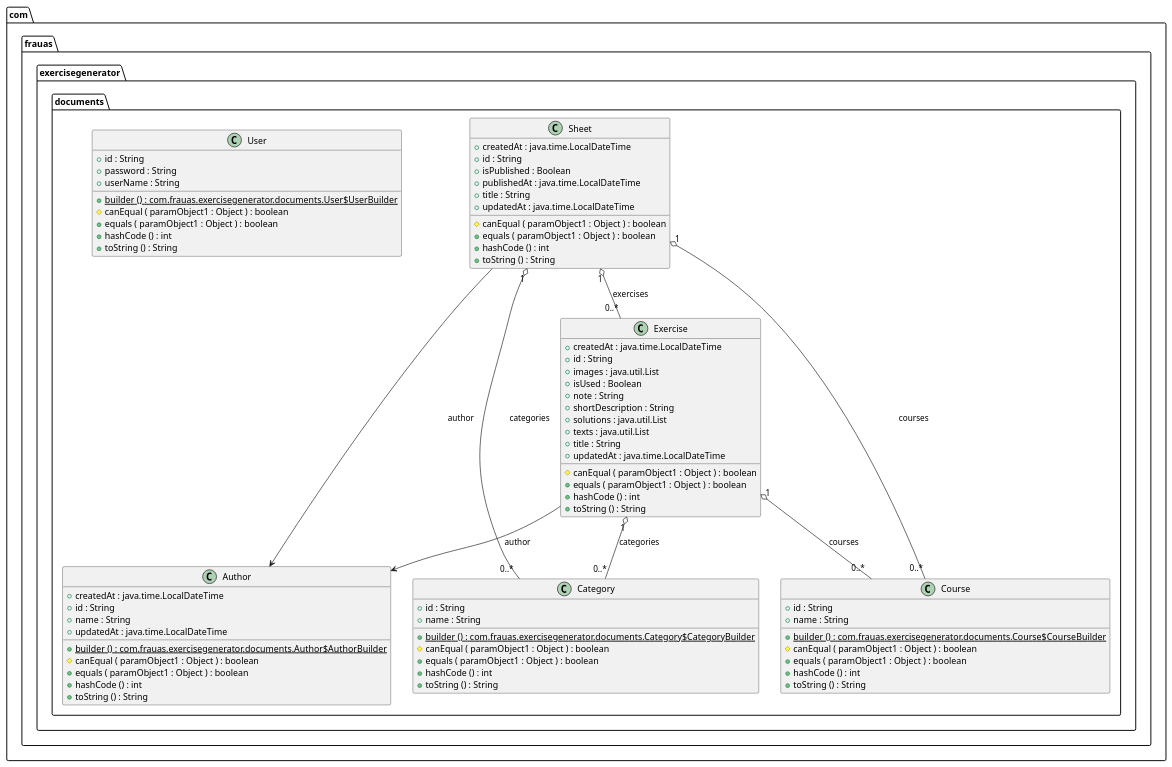
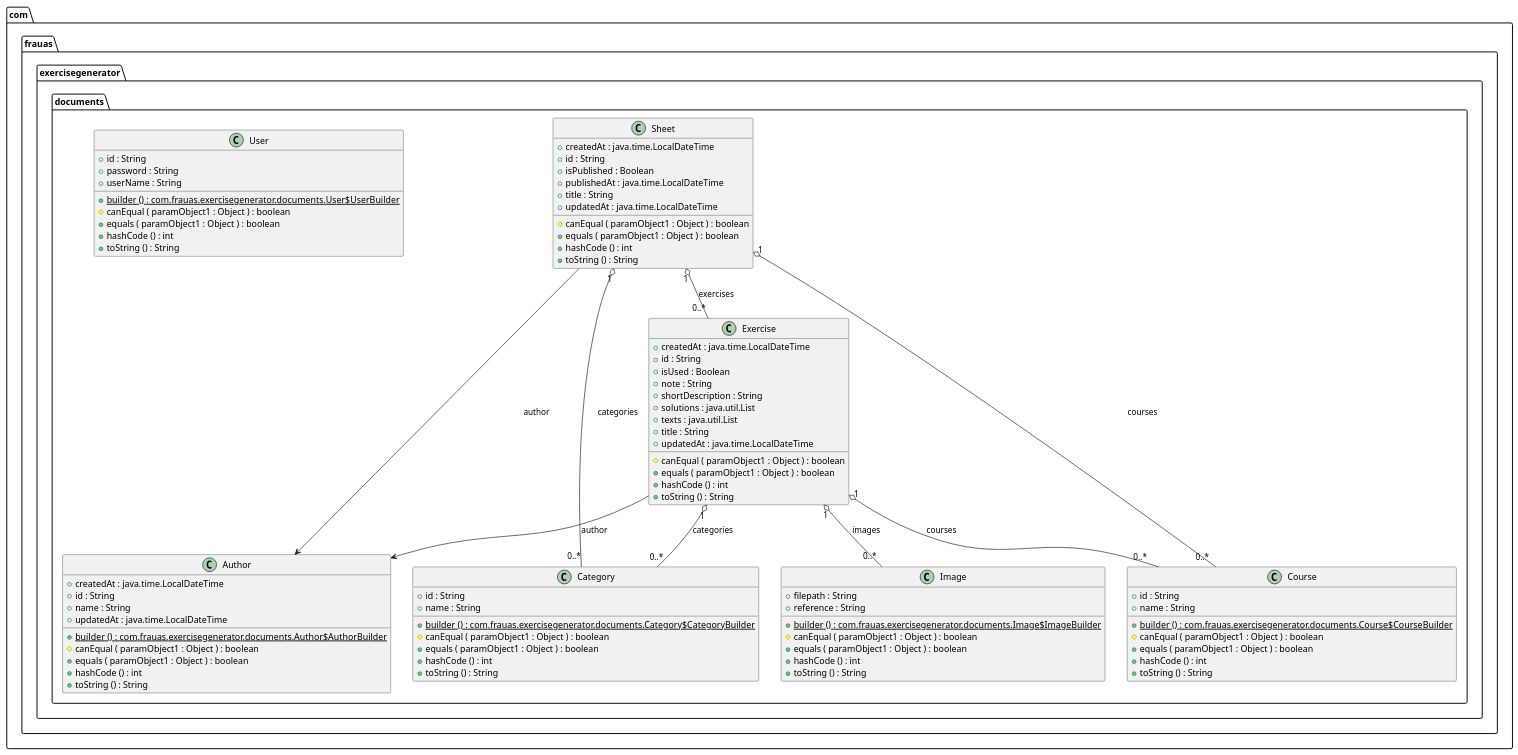
Before and after one commit to CarlaHofmann/exercise-generator-be: the diagram in doc/diagram.puml, drawn with PlantUML. The commit also changed 2 other files, not shown here.

```diff
--- a/doc/diagram.puml
+++ b/doc/diagram.puml
@@ -1,93 +1,104 @@
 @startuml
 
 class com.frauas.exercisegenerator.documents.Author {
 	{field} +createdAt : java.time.LocalDateTime
 	{field} +id : String
 	{field} +name : String
 	{field} +updatedAt : java.time.LocalDateTime
 	{method}  {static} +builder () : com.frauas.exercisegenerator.documents.Author$AuthorBuilder
 	{method} #canEqual ( paramObject1 : Object ) : boolean
 	{method} +equals ( paramObject1 : Object ) : boolean
 	{method} +hashCode () : int
 	{method} +toString () : String
 }
 
 
 class com.frauas.exercisegenerator.documents.Category {
 	{field} +id : String
 	{field} +name : String
 	{method}  {static} +builder () : com.frauas.exercisegenerator.documents.Category$CategoryBuilder
 	{method} #canEqual ( paramObject1 : Object ) : boolean
 	{method} +equals ( paramObject1 : Object ) : boolean
 	{method} +hashCode () : int
 	{method} +toString () : String
 }
 
 
 class com.frauas.exercisegenerator.documents.Course {
 	{field} +id : String
 	{field} +name : String
 	{method}  {static} +builder () : com.frauas.exercisegenerator.documents.Course$CourseBuilder
 	{method} #canEqual ( paramObject1 : Object ) : boolean
 	{method} +equals ( paramObject1 : Object ) : boolean
 	{method} +hashCode () : int
 	{method} +toString () : String
 }
 
 
 class com.frauas.exercisegenerator.documents.Exercise {
 	{field} +createdAt : java.time.LocalDateTime
 	{field} +id : String
-	{field} +images : java.util.List
 	{field} +isUsed : Boolean
 	{field} +note : String
 	{field} +shortDescription : String
 	{field} +solutions : java.util.List
 	{field} +texts : java.util.List
 	{field} +title : String
 	{field} +updatedAt : java.time.LocalDateTime
+	{method} #canEqual ( paramObject1 : Object ) : boolean
+	{method} +equals ( paramObject1 : Object ) : boolean
+	{method} +hashCode () : int
+	{method} +toString () : String
+}
+
+
+class com.frauas.exercisegenerator.documents.Image {
+	{field} +filepath : String
+	{field} +reference : String
+	{method}  {static} +builder () : com.frauas.exercisegenerator.documents.Image$ImageBuilder
 	{method} #canEqual ( paramObject1 : Object ) : boolean
 	{method} +equals ( paramObject1 : Object ) : boolean
 	{method} +hashCode () : int
 	{method} +toString () : String
 }
 
 
 class com.frauas.exercisegenerator.documents.Sheet {
 	{field} +createdAt : java.time.LocalDateTime
 	{field} +id : String
 	{field} +isPublished : Boolean
 	{field} +publishedAt : java.time.LocalDateTime
 	{field} +title : String
 	{field} +updatedAt : java.time.LocalDateTime
 	{method} #canEqual ( paramObject1 : Object ) : boolean
 	{method} +equals ( paramObject1 : Object ) : boolean
 	{method} +hashCode () : int
 	{method} +toString () : String
 }
 
 
 class com.frauas.exercisegenerator.documents.User {
 	{field} +id : String
 	{field} +password : String
 	{field} +userName : String
 	{method}  {static} +builder () : com.frauas.exercisegenerator.documents.User$UserBuilder
 	{method} #canEqual ( paramObject1 : Object ) : boolean
 	{method} +equals ( paramObject1 : Object ) : boolean
 	{method} +hashCode () : int
 	{method} +toString () : String
 }
 
 
 
 
 com.frauas.exercisegenerator.documents.Exercise "1" o-- "0..*"  com.frauas.exercisegenerator.documents.Category : categories
 com.frauas.exercisegenerator.documents.Exercise "1" o-- "0..*"  com.frauas.exercisegenerator.documents.Course : courses
+com.frauas.exercisegenerator.documents.Exercise "1" o-- "0..*"  com.frauas.exercisegenerator.documents.Image : images
 com.frauas.exercisegenerator.documents.Exercise -->  com.frauas.exercisegenerator.documents.Author : author
 com.frauas.exercisegenerator.documents.Sheet "1" o-- "0..*"  com.frauas.exercisegenerator.documents.Category : categories
 com.frauas.exercisegenerator.documents.Sheet "1" o-- "0..*"  com.frauas.exercisegenerator.documents.Course : courses
 com.frauas.exercisegenerator.documents.Sheet "1" o-- "0..*"  com.frauas.exercisegenerator.documents.Exercise : exercises
 com.frauas.exercisegenerator.documents.Sheet -->  com.frauas.exercisegenerator.documents.Author : author
 
 
 @enduml
```
